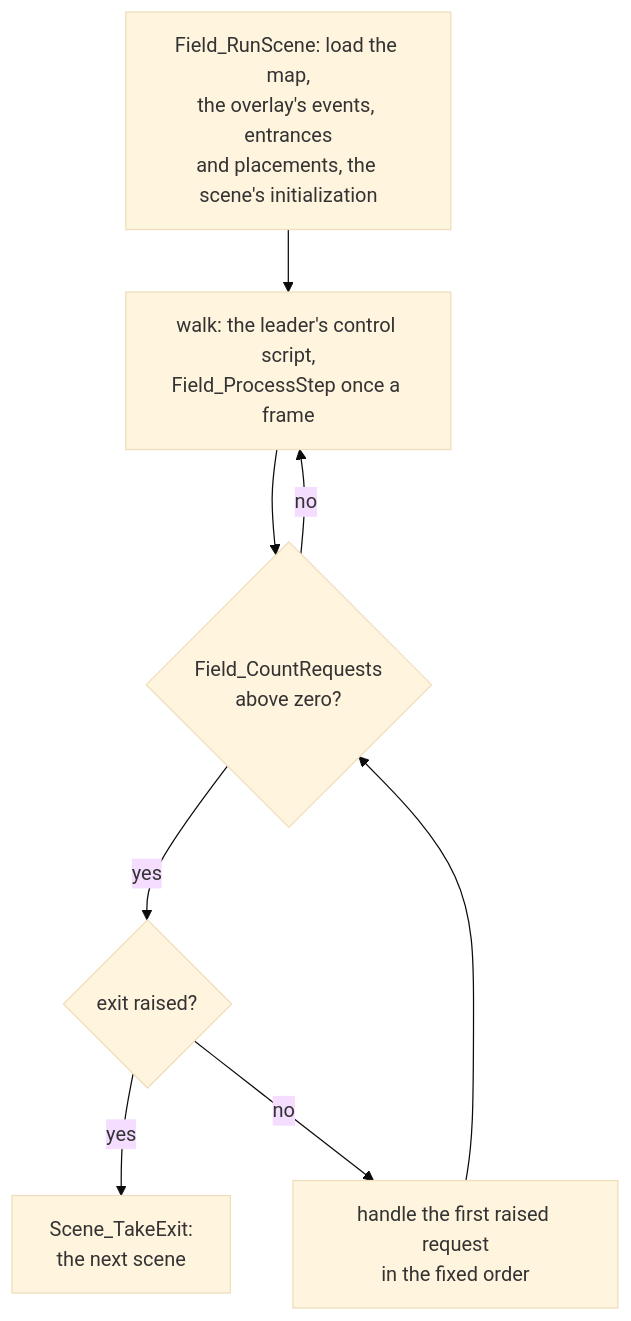
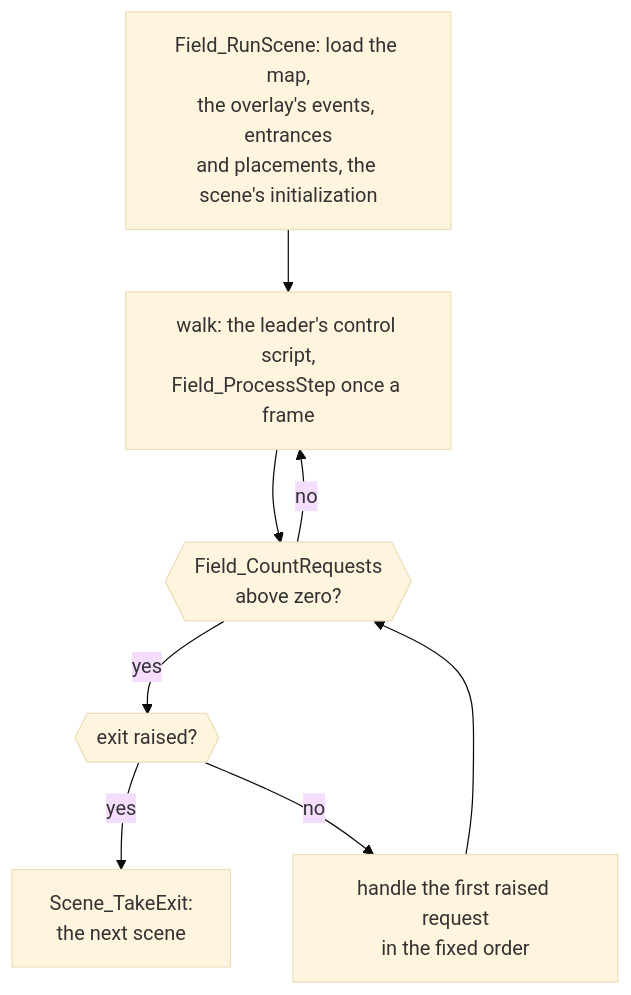
The diagram in games/tbs/world.md (PascalPixel/alchemy), drawn with Mermaid (base theme) before and after one commit. The commit also changed 17 other files, not shown here.

First line of the commit message:
Docs: diagrams that draw on the site

````diff
--- a/games/tbs/world.md
+++ b/games/tbs/world.md
@@ -17,10 +17,10 @@
 ```mermaid
 flowchart TD
     load["Field_RunScene: load the map,<br/>the overlay's events, entrances<br/>and placements, the scene's initialization"] --> walk
-    walk["walk: the leader's control script,<br/>Field_ProcessStep once a frame"] --> count{"Field_CountRequests<br/>above zero?"}
+    walk["walk: the leader's control script,<br/>Field_ProcessStep once a frame"] --> count{{"Field_CountRequests<br/>above zero?"}}
     count -->|no| walk
-    count -->|yes| exit{"exit raised?"}
+    count -->|yes| exit{{"exit raised?"}}
     exit -->|yes| next["Scene_TakeExit:<br/>the next scene"]
     exit -->|no| handle["handle the first raised request<br/>in the fixed order"]
     handle --> count
 ```
````
